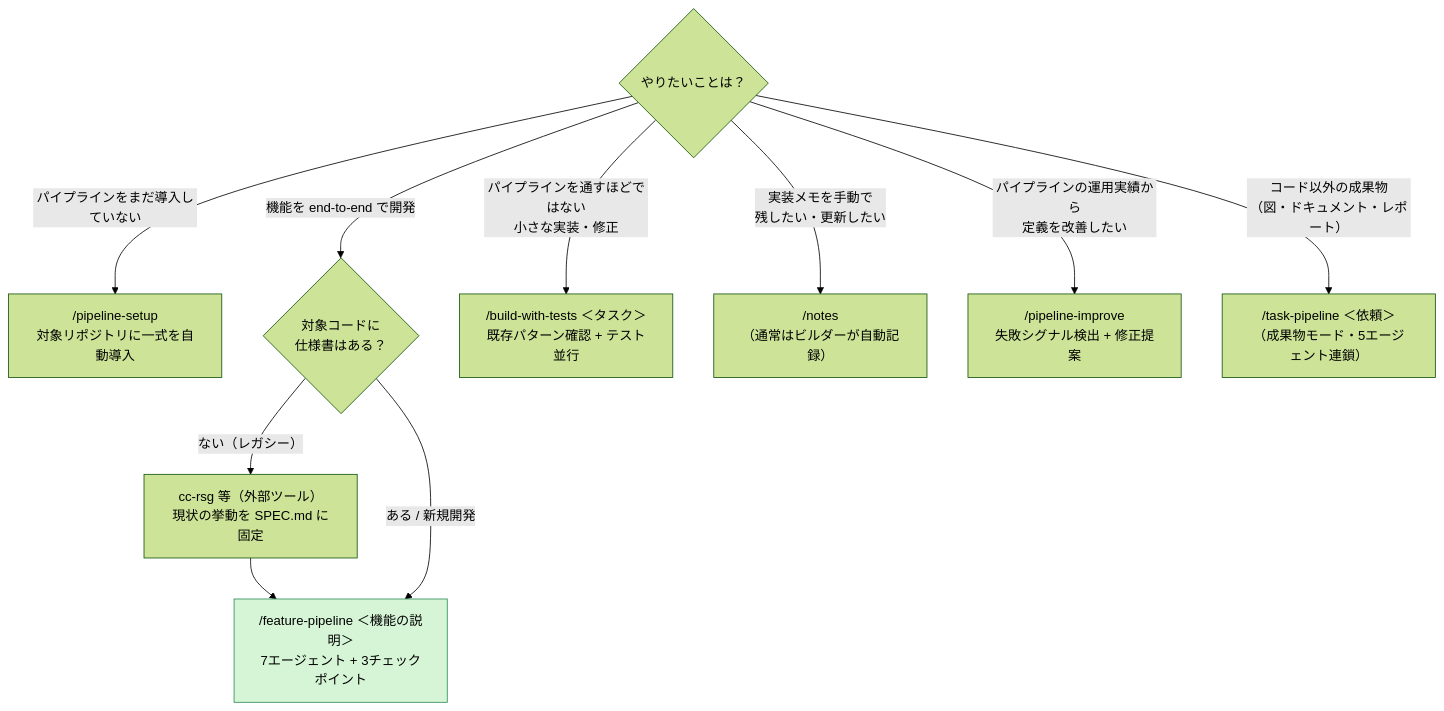
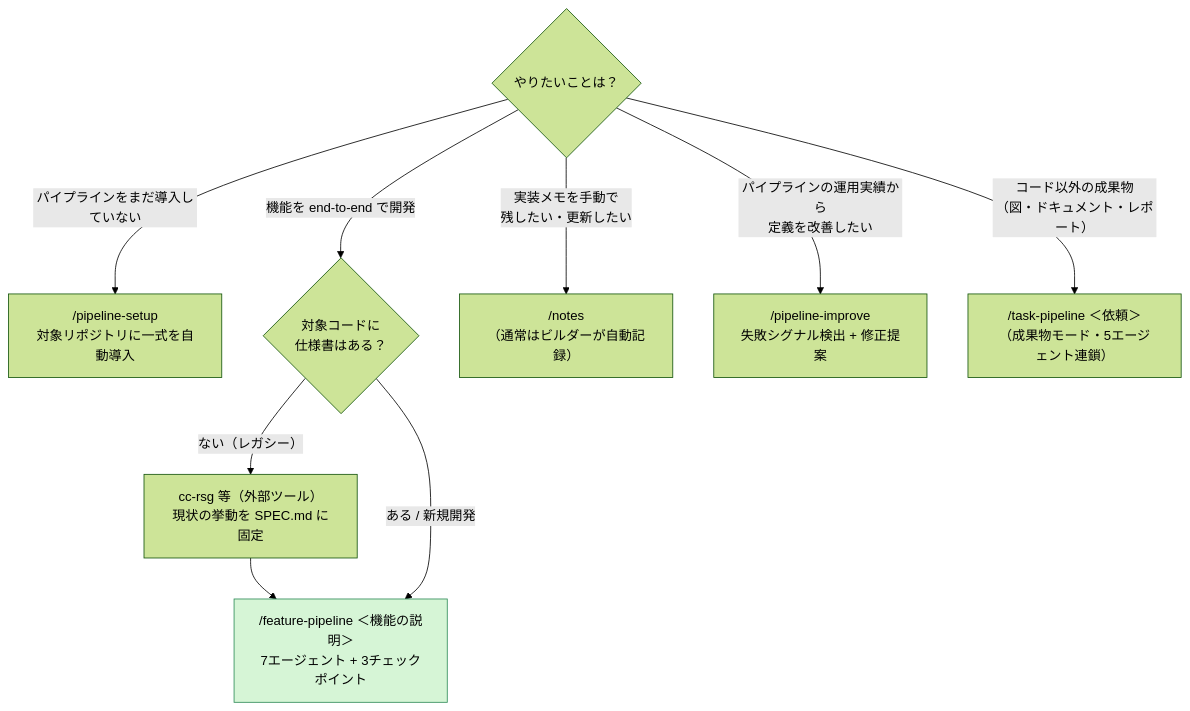
Before and after one commit to mrkxlia/claude-code-workbench-ja: the fourth of 4 diagrams in plugins/pipeline/README.md, drawn with Mermaid (forest theme). The commit also changed other lines of this file and 61 other files, not shown here.

````diff
--- a/plugins/pipeline/README.md
+++ b/plugins/pipeline/README.md
@@ -174,14 +174,13 @@
 ```mermaid
 flowchart TD
     q0{"やりたいことは？"}
     q0 -->|"パイプラインをまだ導入していない"| setup["/pipeline-setup<br/>対象リポジトリに一式を自動導入"]
     q0 -->|"機能を end-to-end で開発"| q1{"対象コードに<br/>仕様書はある？"}
     q1 -->|"ない（レガシー）"| se["cc-rsg 等（外部ツール）<br/>現状の挙動を SPEC.md に固定"]
     se --> ff["/feature-pipeline ＜機能の説明＞<br/>7エージェント + 3チェックポイント"]
     q1 -->|"ある / 新規開発"| ff
-    q0 -->|"パイプラインを通すほどではない<br/>小さな実装・修正"| bwt["/build-with-tests ＜タスク＞<br/>既存パターン確認 + テスト並行"]
     q0 -->|"実装メモを手動で<br/>残したい・更新したい"| nt["/notes<br/>（通常はビルダーが自動記録）"]
     q0 -->|"パイプラインの運用実績から<br/>定義を改善したい"| fi["/pipeline-improve<br/>失敗シグナル検出 + 修正提案"]
     q0 -->|"コード以外の成果物<br/>（図・ドキュメント・レポート）"| tf["/task-pipeline ＜依頼＞<br/>（成果物モード・5エージェント連鎖）"]
     style ff fill:#d6f5d6,stroke:#2e8b57
 ```
````
